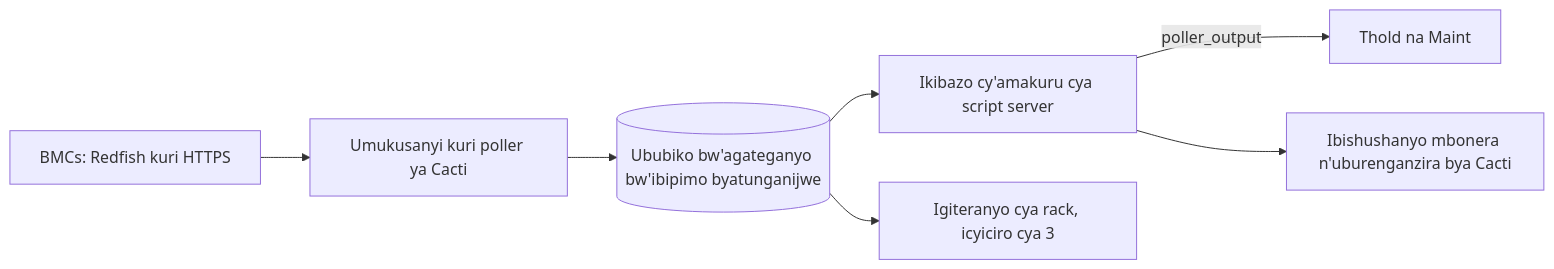
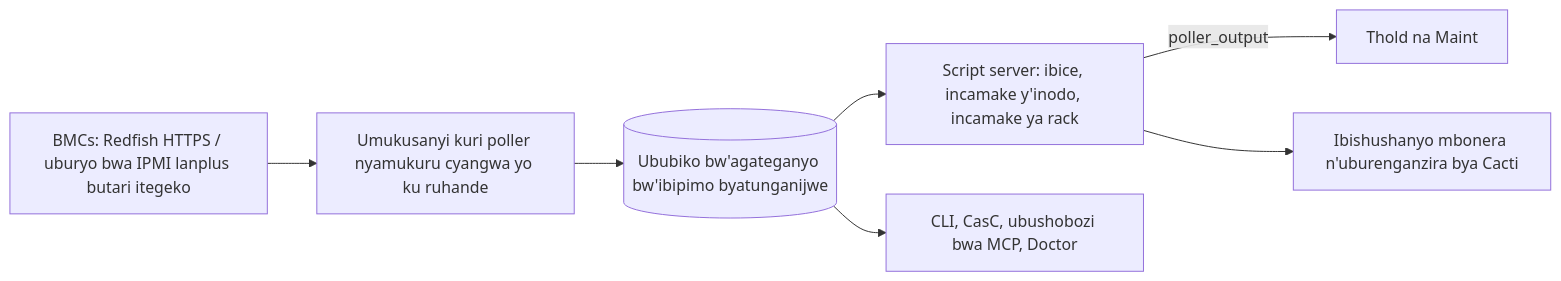
The diagram in docs/i18n/rw-RW/README.md (somethingwithproof/plugin_redfish), drawn with Mermaid before and after one commit. The commit also changed other lines of this file and 47 other files, not shown here.

````diff
--- a/docs/i18n/rw-RW/README.md
+++ b/docs/i18n/rw-RW/README.md
@@ -100,9 +140,9 @@
 ```mermaid
 flowchart LR
-    BMC[BMCs: Redfish kuri HTTPS] --> C[Umukusanyi kuri poller ya Cacti]
+    BMC["BMCs: Redfish HTTPS / uburyo bwa IPMI lanplus butari itegeko"] --> C["Umukusanyi kuri poller nyamukuru cyangwa yo ku ruhande"]
     C --> CACHE[(Ububiko bw'agateganyo bw'ibipimo byatunganijwe)]
-    CACHE --> SS[Ikibazo cy'amakuru cya script server]
+    CACHE --> SS["Script server: ibice, incamake y'inodo, incamake ya rack"]
     SS -->|poller_output| T[Thold na Maint]
     SS --> G[Ibishushanyo mbonera n'uburenganzira bya Cacti]
-    CACHE --> R[Igiteranyo cya rack, icyiciro cya 3]
+    CACHE --> ECO["CLI, CasC, ubushobozi bwa MCP, Doctor"]
 ```
````
